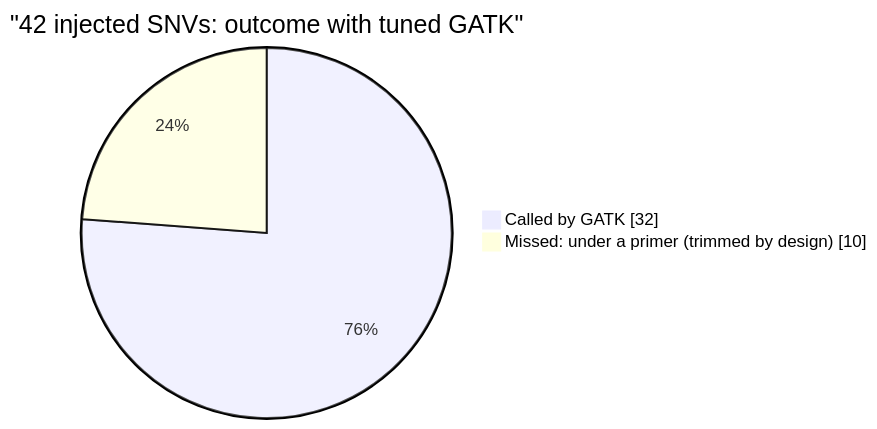
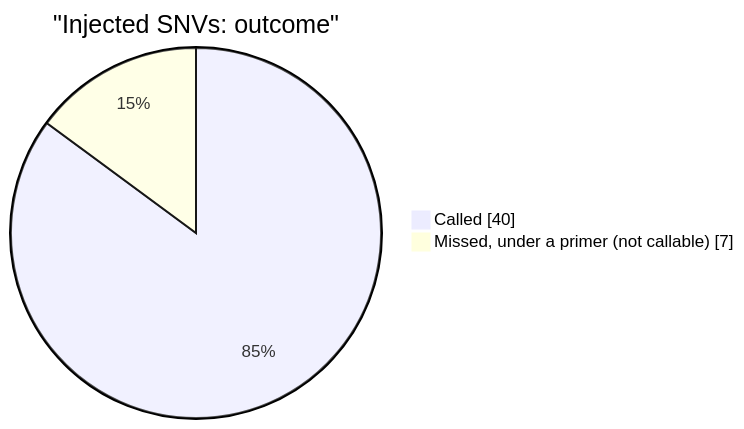
Before and after one commit to AHumanBrain/my_amplicon_project: the seventh of 8 diagrams in README.md, drawn with Mermaid. The commit also changed other lines of this file, not shown here.

````diff
--- a/README.md
+++ b/README.md
@@ -296,6 +188,6 @@
 ```mermaid
 pie showData
-    title "42 injected SNVs: outcome with tuned GATK"
-    "Called by GATK" : 32
-    "Missed: under a primer (trimmed by design)" : 10
+    title "Injected SNVs: outcome"
+    "Called" : 40
+    "Missed, under a primer (not callable)" : 7
 ```
````
